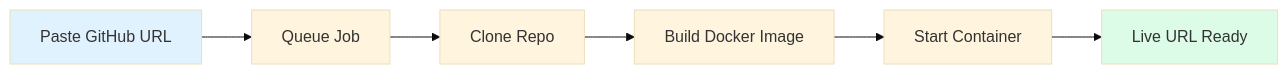
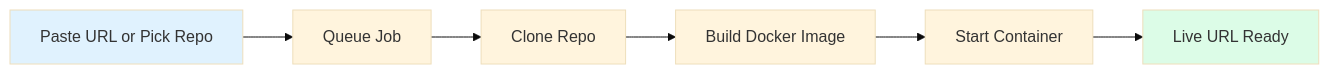
The first of 12 diagrams in docs/HOW-IT-WORKS.md (kpndevrootentri/dropdeploy), drawn with Mermaid (base theme) before and after one commit. The commit also changed other lines of this file and 5 other files, not shown here.

````diff
--- a/docs/HOW-IT-WORKS.md
+++ b/docs/HOW-IT-WORKS.md
@@ -12,11 +12,11 @@
 ```mermaid
 graph LR
-    A[Paste GitHub URL] --> B[Queue Job]
+    A[Paste URL or Pick Repo] --> B[Queue Job]
     B --> C[Clone Repo]
     C --> D[Build Docker Image]
     D --> E[Start Container]
     E --> F[Live URL Ready]
 
     style A fill:#e0f2fe
     style F fill:#dcfce7
 ```
````
